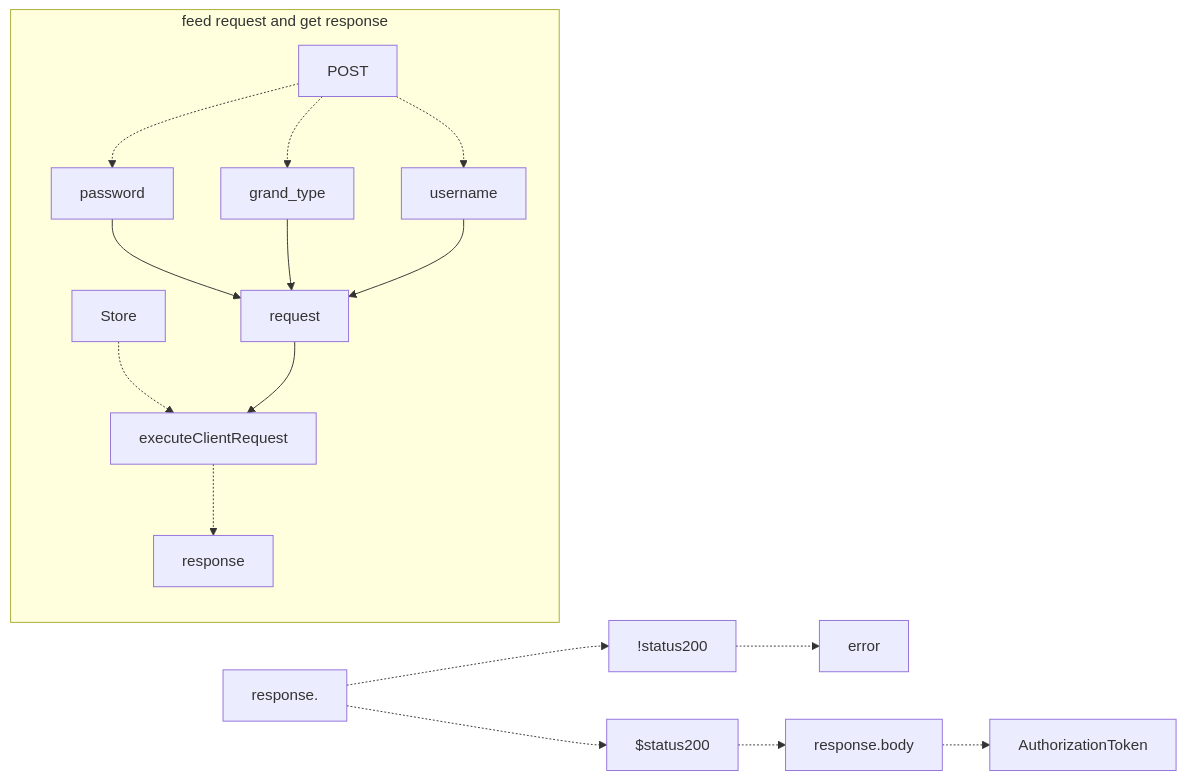
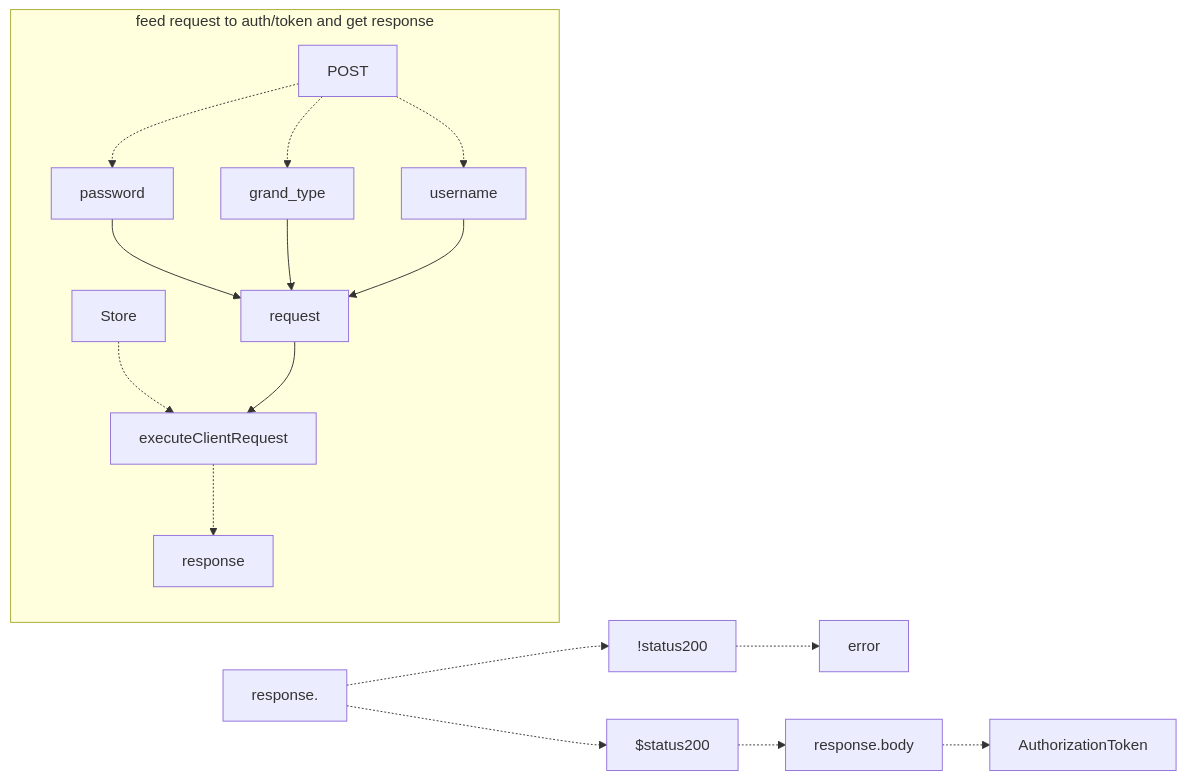
The tenth of 12 diagrams in newage/astro.md (gordianknotC/nxp_note), drawn with Mermaid before and after one commit. The commit also changed other lines of this file, not shown here.

````diff
--- a/newage/astro.md
+++ b/newage/astro.md
@@ -147,23 +147,23 @@
 ```mermaid
 graph LR
-subgraph feed request and get response
+subgraph feed request to auth/token and get response
 	POST
 	POST -.-> username
 	POST -.-> password
 	POST -.-> grand_type
 	password --> request
 	grand_type --> request
 	username --> request
 
 	Store
 	Store -.-> executeClientRequest
 	request --> executeClientRequest
 	executeClientRequest -.-> response
 end
 
 response. -.-> !status200
 !status200 -.-> error
 response. -.-> $status200
 $status200 -.-> response.body
 response.body -.-> AuthorizationToken
 ```
````
